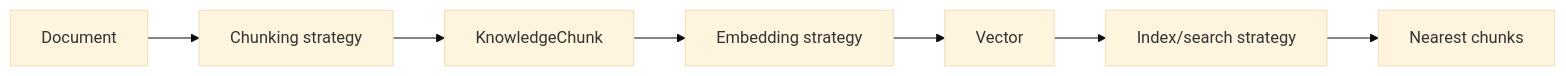
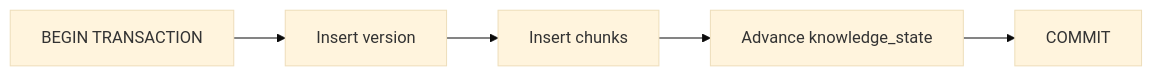
Before and after one commit to kumarchandansingh/tropos: the tenth of 17 diagrams in docs/learning/ENTERPRISE_KNOWLEDGE_SYSTEMS_INTERVIEW_GUIDE.md, drawn with Mermaid (base theme). The commit also changed other lines of this file, not shown here.

Commit message:
docs: ground enterprise knowledge guide in real production failure modes

````diff
--- a/docs/learning/ENTERPRISE_KNOWLEDGE_SYSTEMS_INTERVIEW_GUIDE.md
+++ b/docs/learning/ENTERPRISE_KNOWLEDGE_SYSTEMS_INTERVIEW_GUIDE.md
@@ -486,9 +598,8 @@
 ```mermaid
 flowchart LR
-    D[Document] --> C[Chunking strategy]
-    C --> K[KnowledgeChunk]
-    K --> E[Embedding strategy]
-    E --> V[Vector]
-    V --> I[Index/search strategy]
-    I --> R[Nearest chunks]
+    T[BEGIN TRANSACTION]
+    --> V[Insert version]
+    --> C[Insert chunks]
+    --> S[Advance knowledge_state]
+    --> M[COMMIT]
 ```
````
